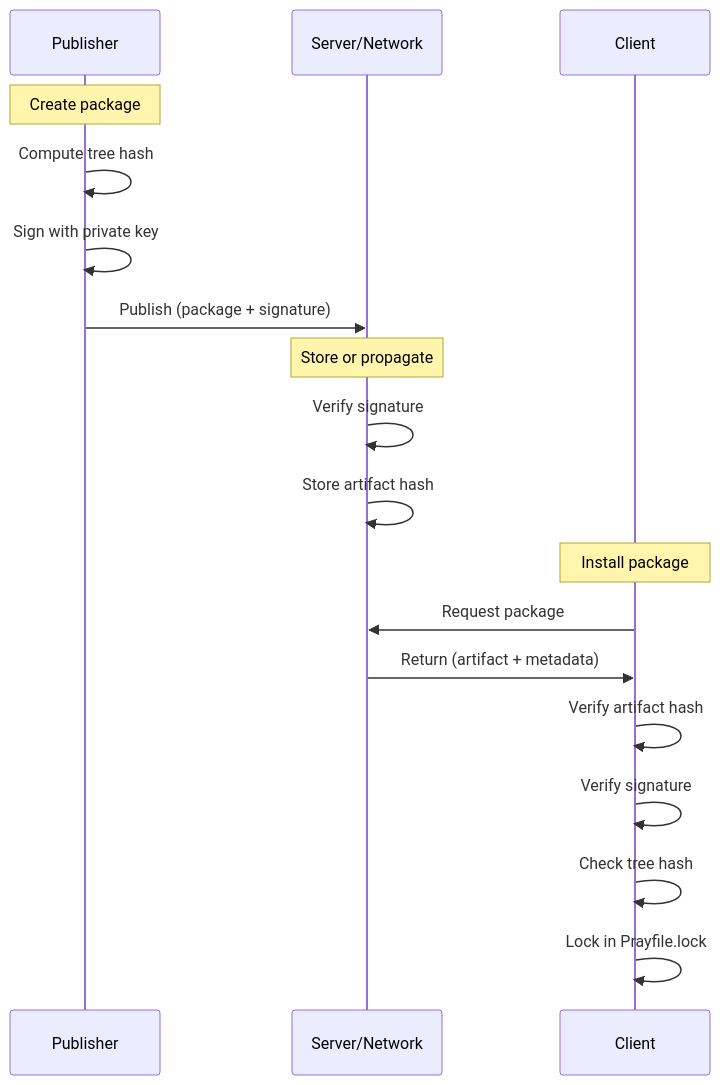
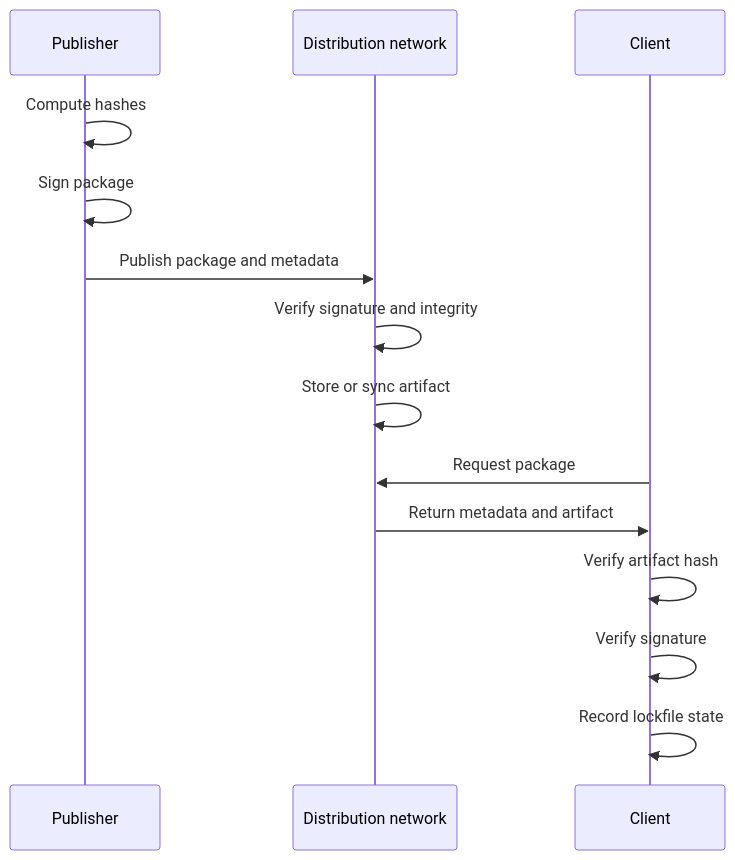
One commit to kiskolabs/pray changed the fourth of 4 diagrams in docs/distribution-architecture.md. Above: the diagram before and after it, drawn with Mermaid. The commit also changed other lines of this file and 5 other files, not shown here.

````diff
--- a/docs/distribution-architecture.md
+++ b/docs/distribution-architecture.md
@@ -183,23 +92,17 @@
 ```mermaid
 sequenceDiagram
     participant Pub as Publisher
-    participant Srv as Server/Network
+    participant Net as Distribution network
     participant Cli as Client
-    
-    Note over Pub: Create package
-    Pub->>Pub: Compute tree hash
-    Pub->>Pub: Sign with private key
-    Pub->>Srv: Publish (package + signature)
-    
-    Note over Srv: Store or propagate
-    Srv->>Srv: Verify signature
-    Srv->>Srv: Store artifact hash
-    
-    Note over Cli: Install package
-    Cli->>Srv: Request package
-    Srv->>Cli: Return (artifact + metadata)
+
+    Pub->>Pub: Compute hashes
+    Pub->>Pub: Sign package
+    Pub->>Net: Publish package and metadata
+    Net->>Net: Verify signature and integrity
+    Net->>Net: Store or sync artifact
+    Cli->>Net: Request package
+    Net->>Cli: Return metadata and artifact
     Cli->>Cli: Verify artifact hash
     Cli->>Cli: Verify signature
-    Cli->>Cli: Check tree hash
-    Cli->>Cli: Lock in Prayfile.lock
+    Cli->>Cli: Record lockfile state
 ```
````
